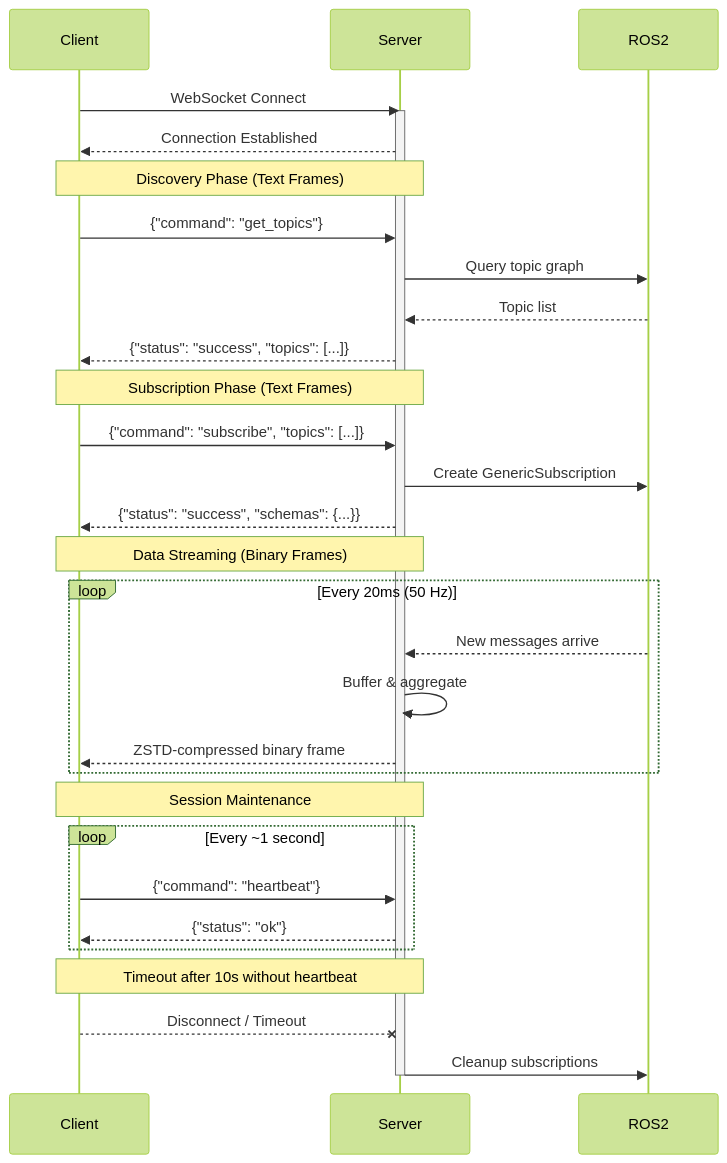
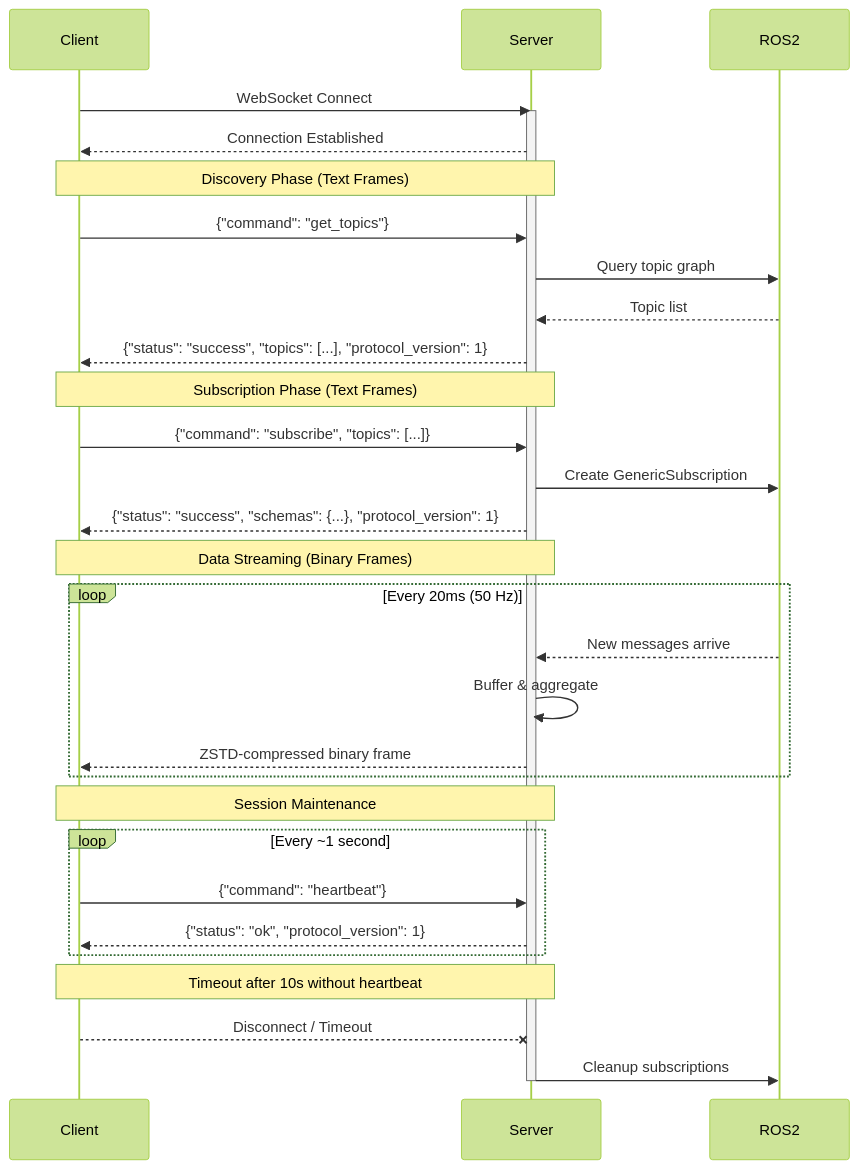
The diagram in docs/API.md (PlotJuggler/plotjuggler_bridge), drawn with Mermaid (forest theme) before and after one commit. The commit also changed other lines of this file, not shown here.

Commit message:
docs: update API documentation for v2 protocol changes

````diff
--- a/docs/API.md
+++ b/docs/API.md
@@ -15,39 +30,39 @@
 ```mermaid
 sequenceDiagram
     participant C as Client
     participant S as Server
     participant R as ROS2
 
     C->>S: WebSocket Connect
     activate S
     S-->>C: Connection Established
 
     Note over C,S: Discovery Phase (Text Frames)
     C->>S: {"command": "get_topics"}
     S->>R: Query topic graph
     R-->>S: Topic list
-    S-->>C: {"status": "success", "topics": [...]}
+    S-->>C: {"status": "success", "topics": [...], "protocol_version": 1}
 
     Note over C,S: Subscription Phase (Text Frames)
     C->>S: {"command": "subscribe", "topics": [...]}
     S->>R: Create GenericSubscription
-    S-->>C: {"status": "success", "schemas": {...}}
+    S-->>C: {"status": "success", "schemas": {...}, "protocol_version": 1}
 
     Note over C,S: Data Streaming (Binary Frames)
     loop Every 20ms (50 Hz)
         R-->>S: New messages arrive
         S->>S: Buffer & aggregate
         S-->>C: ZSTD-compressed binary frame
     end
 
     Note over C,S: Session Maintenance
     loop Every ~1 second
         C->>S: {"command": "heartbeat"}
-        S-->>C: {"status": "ok"}
+        S-->>C: {"status": "ok", "protocol_version": 1}
     end
 
     Note over C,S: Timeout after 10s without heartbeat
     C--xS: Disconnect / Timeout
     S->>R: Cleanup subscriptions
     deactivate S
 ```
````
